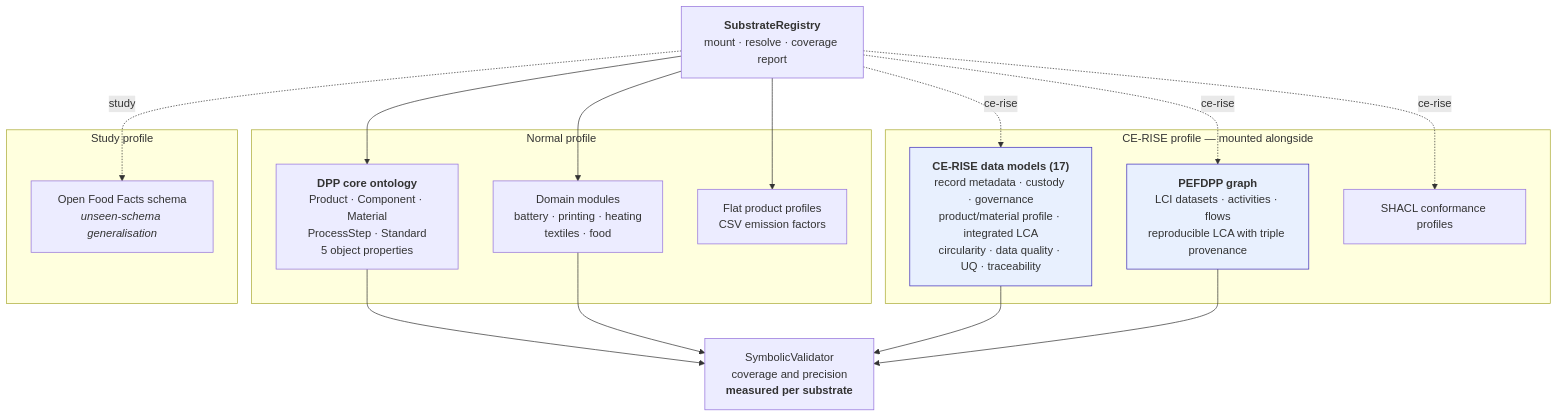
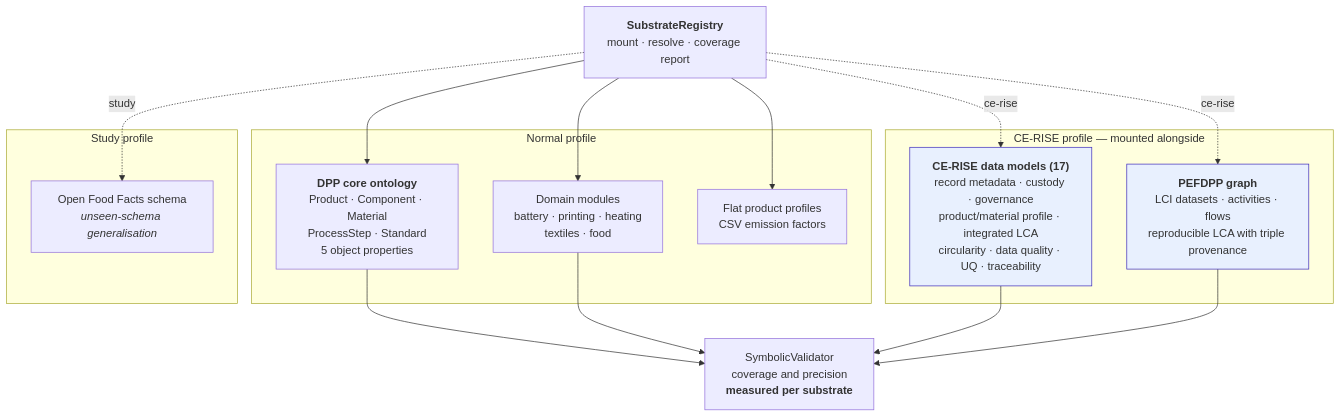
The seventh of 9 diagrams in docs/ARCHITECTURE.md (CE-RISE-software/intelligent-circular-insights), drawn with Mermaid before and after one commit. The commit also changed other lines of this file and 5 other files, not shown here.

````diff
--- a/docs/ARCHITECTURE.md
+++ b/docs/ARCHITECTURE.md
@@ -438,28 +438,27 @@
 ```mermaid
 graph TB
     REG["<b>SubstrateRegistry</b><br/>mount · resolve · coverage report"]
 
     subgraph "Normal profile"
         N1["<b>DPP core ontology</b><br/>Product · Component · Material<br/>ProcessStep · Standard<br/>5 object properties"]
         N2["Domain modules<br/>battery · printing · heating<br/>textiles · food"]
         N3["Flat product profiles<br/>CSV emission factors"]
     end
 
     subgraph "CE-RISE profile — mounted alongside"
         C1["<b>CE-RISE data models (17)</b><br/>record metadata · custody · governance<br/>product/material profile · integrated LCA<br/>circularity · data quality · UQ · traceability"]
         C2["<b>PEFDPP graph</b><br/>LCI datasets · activities · flows<br/>reproducible LCA with triple provenance"]
-        C3["SHACL conformance profiles"]
     end
 
     subgraph "Study profile"
         O1["Open Food Facts schema<br/><i>unseen-schema generalisation</i>"]
     end
 
     REG --> N1 & N2 & N3
-    REG -.->|ce-rise| C1 & C2 & C3
+    REG -.->|ce-rise| C1 & C2
     REG -.->|study| O1
 
     N1 & N2 & C1 & C2 --> SYM["SymbolicValidator<br/>coverage and precision<br/><b>measured per substrate</b>"]
     style C1 fill:#e8f0fe,stroke:#3d2bba
     style C2 fill:#e8f0fe,stroke:#3d2bba
 ```
````
